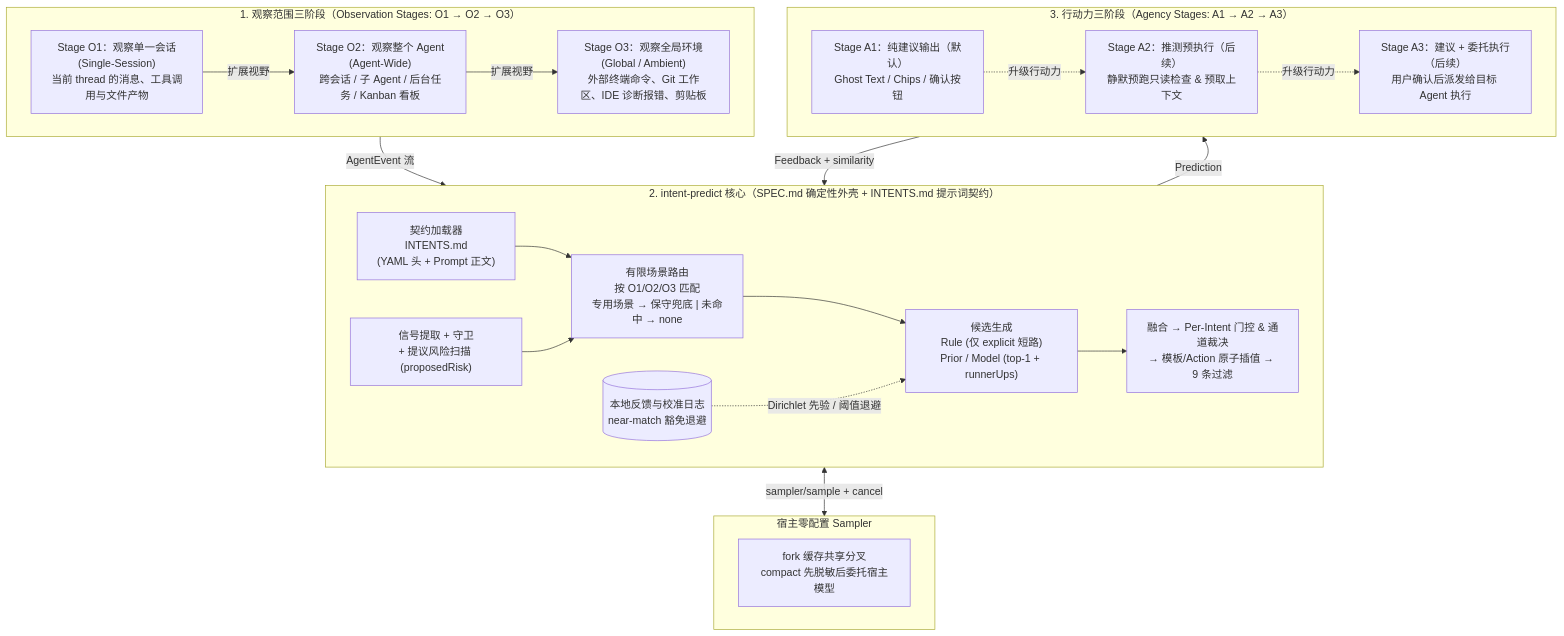
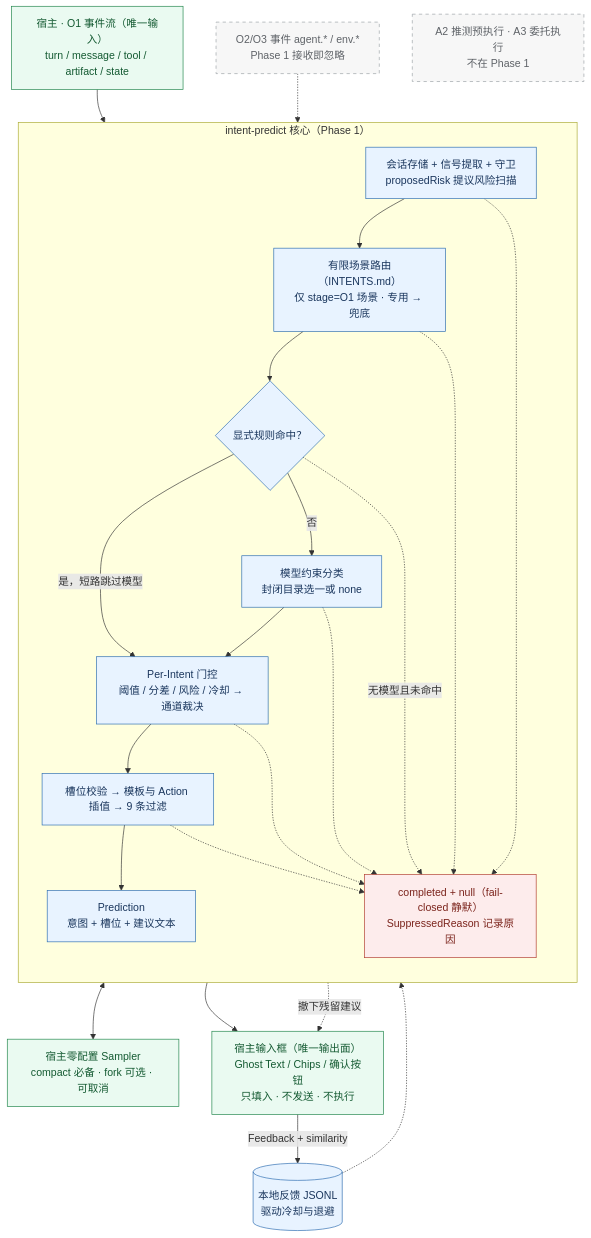
One commit to susyimes/intent-predict changed the diagram in README.md. Above: the diagram before and after it, drawn with Mermaid. The commit also changed other lines of this file and 4 other files, not shown here.

Commit message:
docs(diagrams): split diagrams per phase, focus Phase 1 (O1 x A1)

````diff
--- a/README.md
+++ b/README.md
@@ -44,40 +44,45 @@
 ```mermaid
 flowchart TB
-  subgraph Obs["1. 观察范围三阶段（Observation Stages: O1 → O2 → O3）"]
-    direction LR
-    O1["Stage O1：观察单一会话<br/>(Single-Session)<br/>当前 thread 的消息、工具调用与文件产物"]
-    O2["Stage O2：观察整个 Agent<br/>(Agent-Wide)<br/>跨会话 / 子 Agent / 后台任务 / Kanban 看板"]
-    O3["Stage O3：观察全局环境<br/>(Global / Ambient)<br/>外部终端命令、Git 工作区、IDE 诊断报错、剪贴板"]
-    O1 -->|"扩展视野"| O2 -->|"扩展视野"| O3
+  classDef now fill:#e8f3ff,stroke:#2b6cb0,color:#1a365d
+  classDef future fill:#f7f7f7,stroke:#9aa0a6,color:#5f6368,stroke-dasharray: 5 5
+  classDef stop fill:#fdecec,stroke:#b03a2e,color:#7b241c
+  classDef host fill:#eafaf1,stroke:#1e8449,color:#145a32
+
+  EV["宿主 · O1 事件流（唯一输入）<br/>turn / message / tool / artifact / state"]:::host
+  XB["O2/O3 事件 agent.* / env.*<br/>Phase 1 接收即忽略"]:::future
+
+  subgraph Core["intent-predict 核心（Phase 1）"]
+    direction TB
+    SS["会话存储 + 信号提取 + 守卫<br/>proposedRisk 提议风险扫描"]:::now
+    RT["有限场景路由（INTENTS.md）<br/>仅 stage=O1 场景 · 专用 → 兜底"]:::now
+    CD{"显式规则命中？"}:::now
+    MD["模型约束分类<br/>封闭目录选一或 none"]:::now
+    GT["Per-Intent 门控<br/>阈值 / 分差 / 风险 / 冷却 → 通道裁决"]:::now
+    RD["槽位校验 → 模板与 Action 插值 → 9 条过滤"]:::now
+    PD["Prediction<br/>意图 + 槽位 + 建议文本"]:::now
+    NX["completed + null（fail-closed 静默）<br/>SuppressedReason 记录原因"]:::stop
+    SS --> RT --> CD
+    CD -->|"是，短路跳过模型"| GT
+    CD -->|"否"| MD --> GT
+    CD -.->|"无模型且未命中"| NX
+    GT --> RD --> PD
+    SS -.-> NX
+    RT -.-> NX
+    MD -.-> NX
+    GT -.-> NX
+    RD -.-> NX
   end
 
-  subgraph Engine["2. intent-predict 核心（SPEC.md 确定性外壳 + INTENTS.md 提示词契约）"]
-    direction LR
-    LD["契约加载器<br/>INTENTS.md<br/>(YAML 头 + Prompt 正文)"]
-    SG["信号提取 + 守卫<br/>+ 提议风险扫描 (proposedRisk)"]
-    SR["有限场景路由<br/>按 O1/O2/O3 匹配<br/>专用场景 → 保守兜底 | 未命中 → none"]
-    CS["候选生成<br/>Rule (仅 explicit 短路)<br/>Prior / Model (top-1 + runnerUps)"]
-    FG["融合 → Per-Intent 门控 & 通道裁决<br/>→ 模板/Action 原子插值 → 9 条过滤"]
-    FB[("本地反馈与校准日志<br/>near-match 豁免退避")]
-    LD --> SR
-    SG --> SR --> CS --> FG
-    FB -.->|"Dirichlet 先验 / 阈值退避"| CS
-  end
+  SM["宿主零配置 Sampler<br/>compact 必备 · fork 可选 · 可取消"]:::host
+  UI["宿主输入框（唯一输出面）<br/>Ghost Text / Chips / 确认按钮<br/>只填入 · 不发送 · 不执行"]:::host
+  FB[("本地反馈 JSONL<br/>驱动冷却与退避")]:::now
+  AG["A2 推测预执行 · A3 委托执行<br/>不在 Phase 1"]:::future
 
-  subgraph Sampler["宿主零配置 Sampler"]
-    SM["fork 缓存共享分叉<br/>compact 先脱敏后委托宿主模型"]
-  end
-
-  subgraph Agency["3. 行动力三阶段（Agency Stages: A1 → A2 → A3）"]
-    direction LR
-    A1["Stage A1：纯建议输出（默认）<br/>Ghost Text / Chips / 确认按钮"]
-    A2["Stage A2：推测预执行（后续）<br/>静默预跑只读检查 & 预取上下文"]
-    A3["Stage A3：建议 + 委托执行（后续）<br/>用户确认后派发给目标 Agent 执行"]
-    A1 -.->|"升级行动力"| A2 -.->|"升级行动力"| A3
-  end
-
-  Obs -->|"AgentEvent 流"| SG
-  CS <-->|"sampler/sample + cancel"| Sampler
-  FG -->|"Prediction"| Agency
-  Agency -->|"Feedback + similarity"| FB
+  EV --> SS
+  XB -.-> SS
+  MD <--> SM
+  PD --> UI
+  NX -.->|"撤下残留建议"| UI
+  UI -->|"Feedback + similarity"| FB
+  FB -.-> GT
 ```
````
